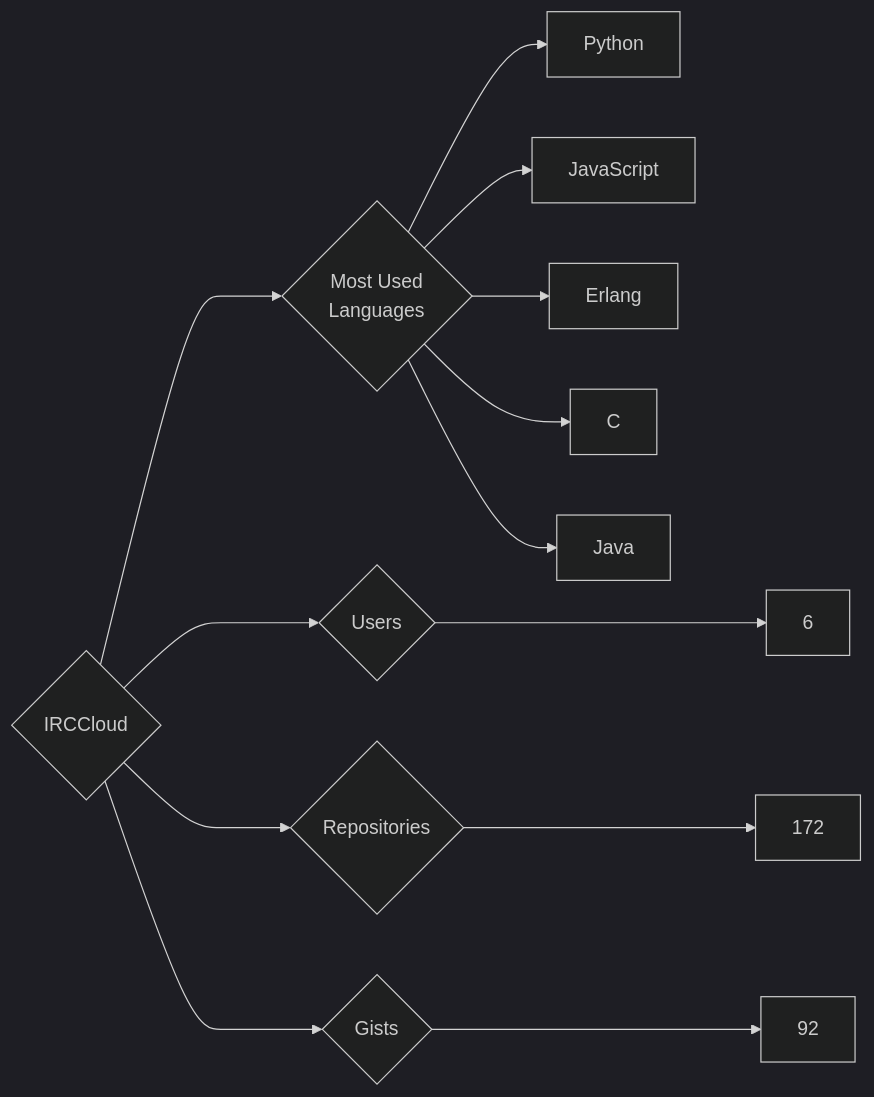
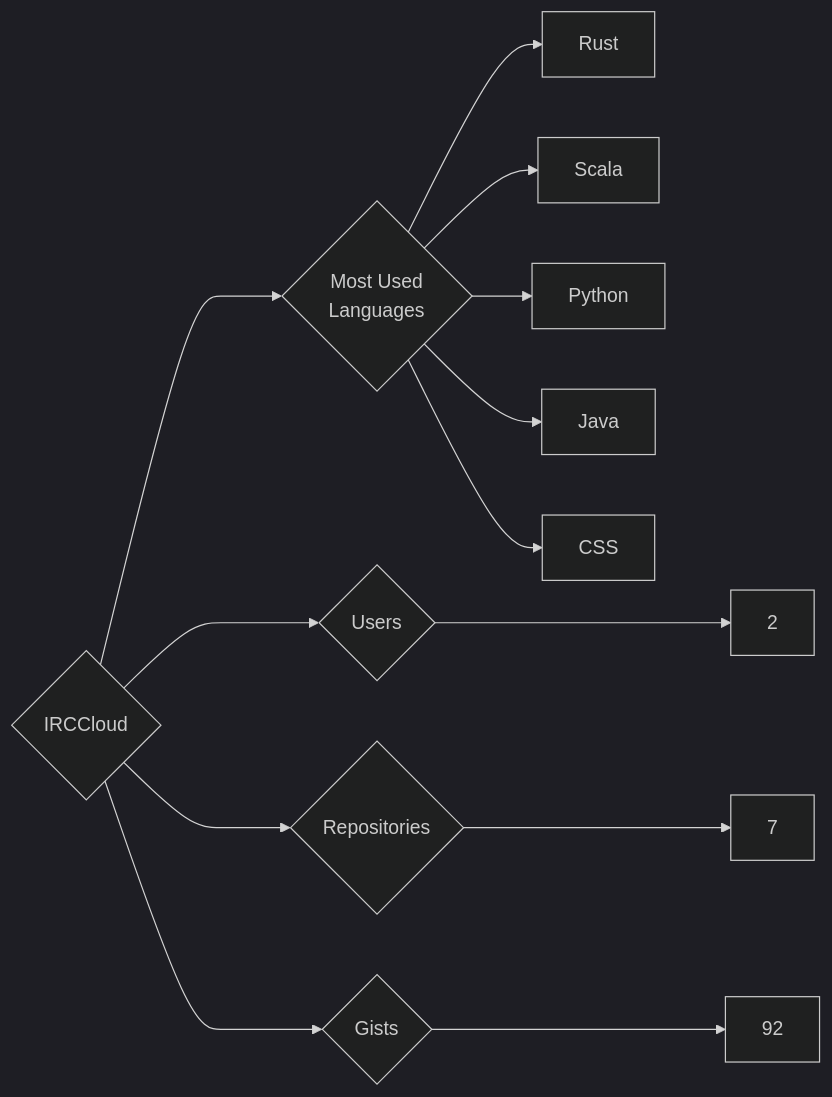
The diagram in targets/IRCCloud/README.md (trickest/insiders), drawn with Mermaid (dark theme) before and after one commit. The commit also changed 934 other files, not shown here.

````diff
--- a/targets/IRCCloud/README.md
+++ b/targets/IRCCloud/README.md
@@ -3,13 +3,13 @@
 ```mermaid
 graph LR
 COMPANY_NAME{IRCCloud}
-COMPANY_NAME ---> U{Users} ---> UN[6]
-COMPANY_NAME ---> R{Repositories} ---> RN[172]
+COMPANY_NAME ---> U{Users} ---> UN[2]
+COMPANY_NAME ---> R{Repositories} ---> RN[7]
 COMPANY_NAME ---> G{Gists} ---> GN[92]
 COMPANY_NAME ---> ML{Most Used<br>Languages}
+ML --> Rust[Rust]
+ML --> Scala[Scala]
 ML --> Python[Python]
-ML --> JavaScript[JavaScript]
-ML --> Erlang[Erlang]
-ML --> C[C]
 ML --> Java[Java]
+ML --> CSS[CSS]
 ```
````
